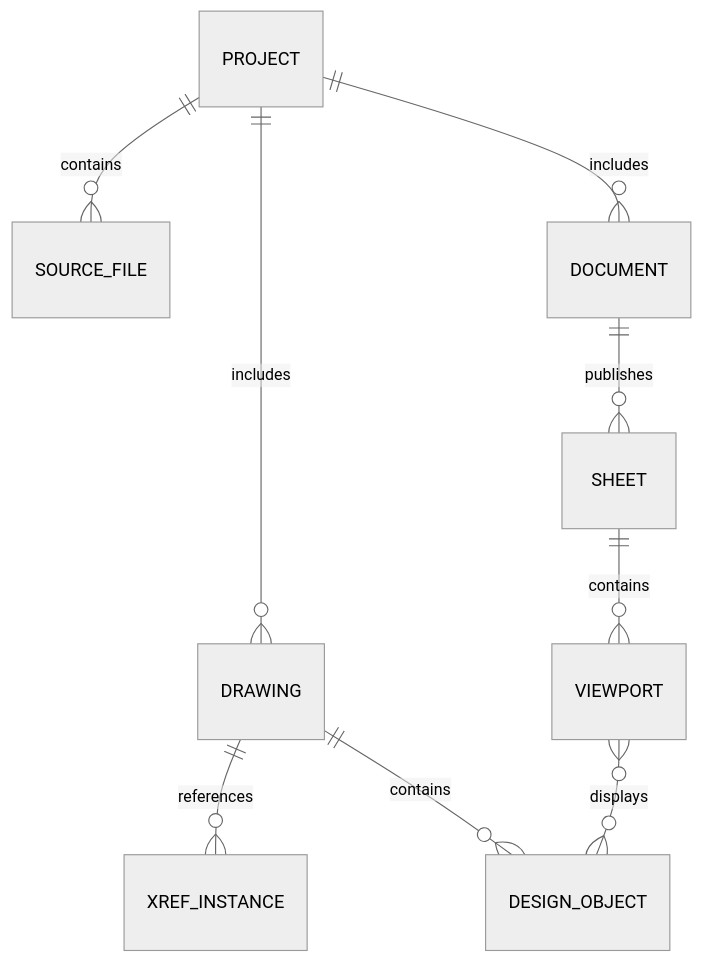
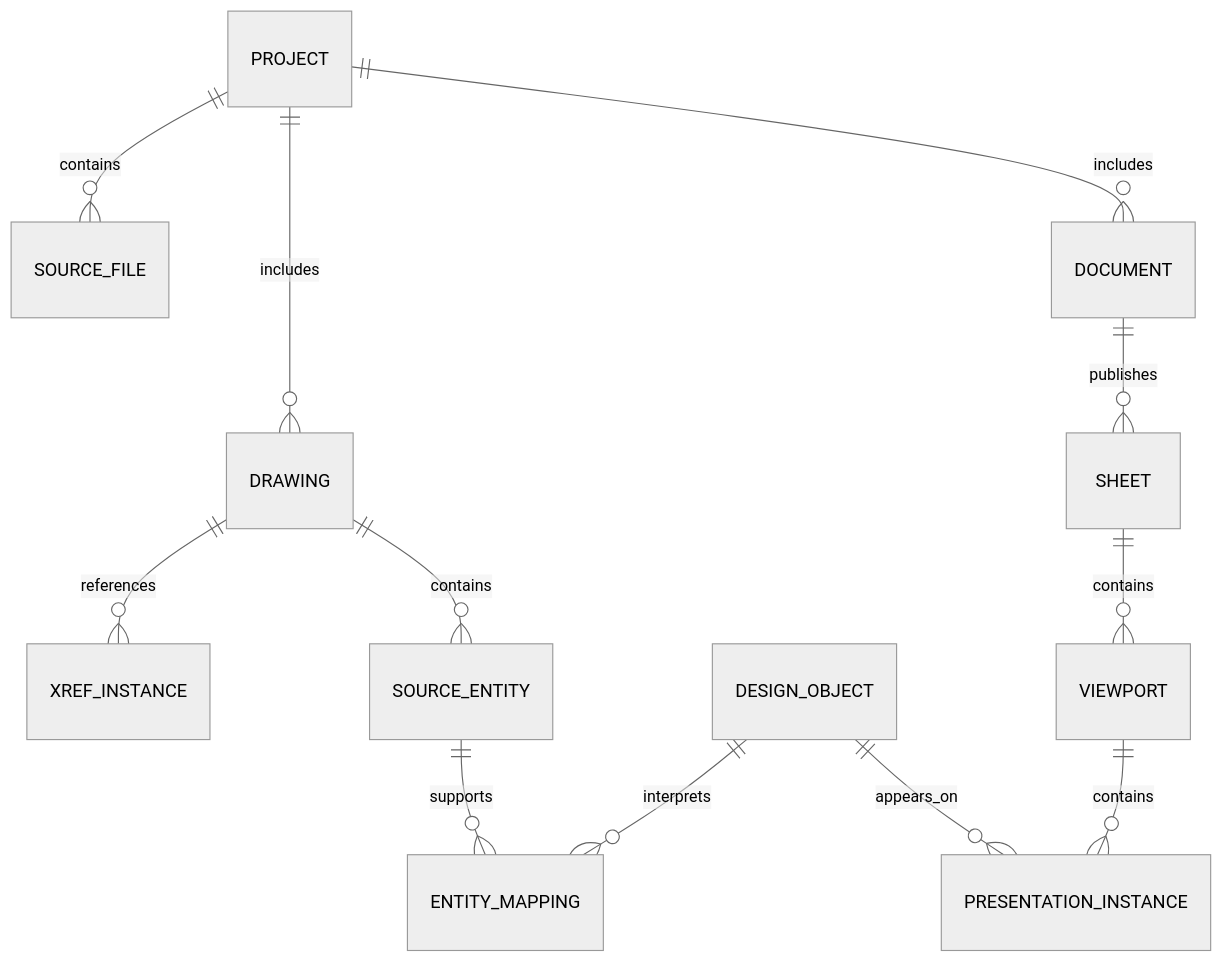
One commit to dkylewillis/core changed the diagram in docs/diagrams/project-drawing-sheet.md. Above: the diagram before and after it, drawn with Mermaid (neutral theme). The commit also changed 9 other files, not shown here.

````diff
--- a/docs/diagrams/project-drawing-sheet.md
+++ b/docs/diagrams/project-drawing-sheet.md
@@ -3,11 +3,14 @@
 ```mermaid
 erDiagram
   PROJECT ||--o{ SOURCE_FILE : contains
   PROJECT ||--o{ DRAWING : includes
   PROJECT ||--o{ DOCUMENT : includes
   DRAWING ||--o{ XREF_INSTANCE : references
-  DRAWING ||--o{ DESIGN_OBJECT : contains
+  DRAWING ||--o{ SOURCE_ENTITY : contains
+  SOURCE_ENTITY ||--o{ ENTITY_MAPPING : supports
+  DESIGN_OBJECT ||--o{ ENTITY_MAPPING : interprets
   DOCUMENT ||--o{ SHEET : publishes
   SHEET ||--o{ VIEWPORT : contains
-  VIEWPORT }o--o{ DESIGN_OBJECT : displays
+  VIEWPORT ||--o{ PRESENTATION_INSTANCE : contains
+  DESIGN_OBJECT ||--o{ PRESENTATION_INSTANCE : appears_on
 ```
````
